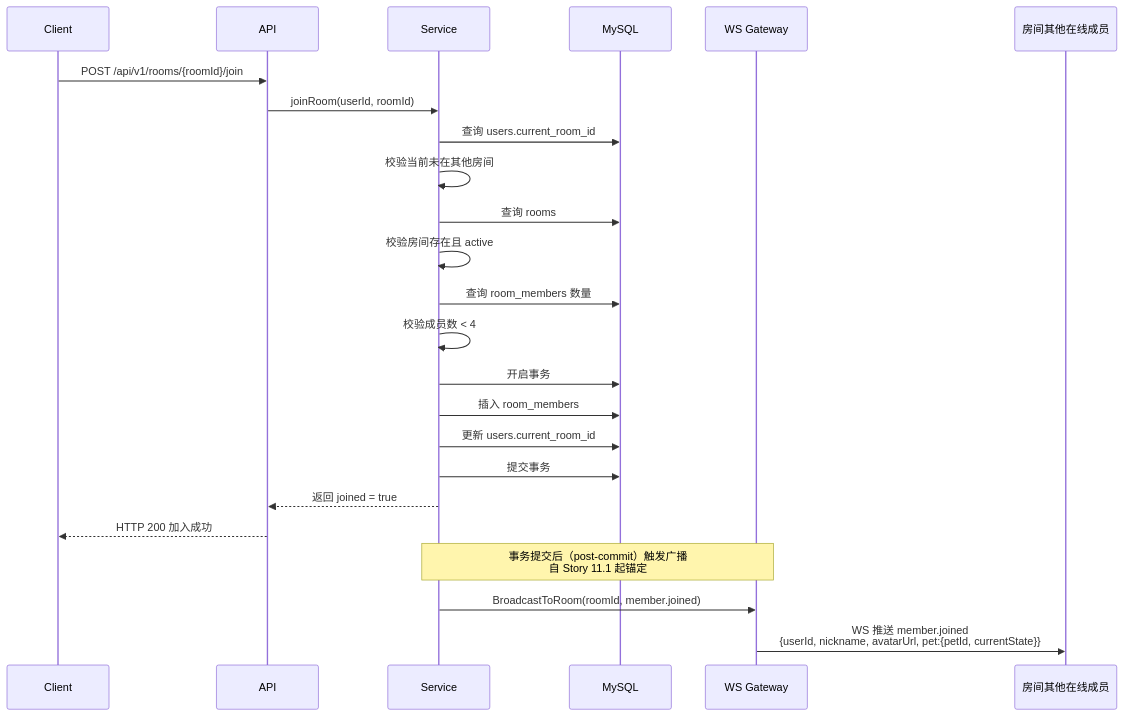
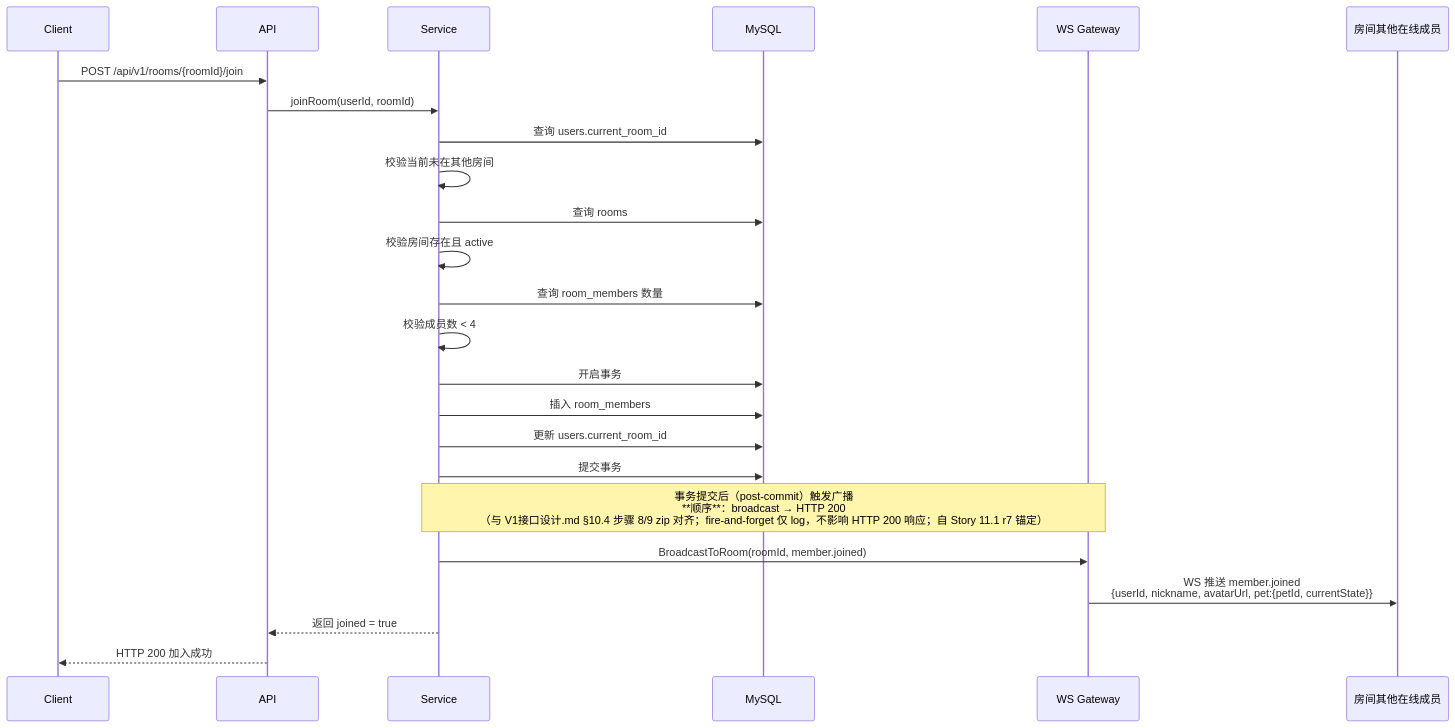
The ninth of 12 diagrams in docs/宠物互动App_时序图与核心业务流程设计.md (huing7373/catc), drawn with Mermaid before and after one commit. The commit also changed other lines of this file and 4 other files, not shown here.

First line of the commit message:
fix(review): 11-1 r7 接口默认 deny + 显式 allow ACL & prose-mermaid zip 对齐

````diff
--- a/docs/宠物互动App_时序图与核心业务流程设计.md
+++ b/docs/宠物互动App_时序图与核心业务流程设计.md
@@ -439,27 +439,27 @@
 ```mermaid
 sequenceDiagram
     participant Client
     participant API
     participant Service
     participant MySQL
     participant WSGateway as WS Gateway
     participant Others as 房间其他在线成员
 
     Client->>API: POST /api/v1/rooms/{roomId}/join
     API->>Service: joinRoom(userId, roomId)
     Service->>MySQL: 查询 users.current_room_id
     Service->>Service: 校验当前未在其他房间
     Service->>MySQL: 查询 rooms
     Service->>Service: 校验房间存在且 active
     Service->>MySQL: 查询 room_members 数量
     Service->>Service: 校验成员数 < 4
     Service->>MySQL: 开启事务
     Service->>MySQL: 插入 room_members
     Service->>MySQL: 更新 users.current_room_id
     Service->>MySQL: 提交事务
+    Note over Service,WSGateway: 事务提交后（post-commit）触发广播<br/>**顺序**：broadcast → HTTP 200<br/>（与 V1接口设计.md §10.4 步骤 8/9 zip 对齐；fire-and-forget 仅 log，不影响 HTTP 200 响应；自 Story 11.1 r7 锚定）
+    Service->>WSGateway: BroadcastToRoom(roomId, member.joined)
+    WSGateway->>Others: WS 推送 member.joined<br/>{userId, nickname, avatarUrl, pet:{petId, currentState}}
     Service-->>API: 返回 joined = true
     API-->>Client: HTTP 200 加入成功
-    Note over Service,WSGateway: 事务提交后（post-commit）触发广播<br/>自 Story 11.1 起锚定
-    Service->>WSGateway: BroadcastToRoom(roomId, member.joined)
-    WSGateway->>Others: WS 推送 member.joined<br/>{userId, nickname, avatarUrl, pet:{petId, currentState}}
 ```
````
